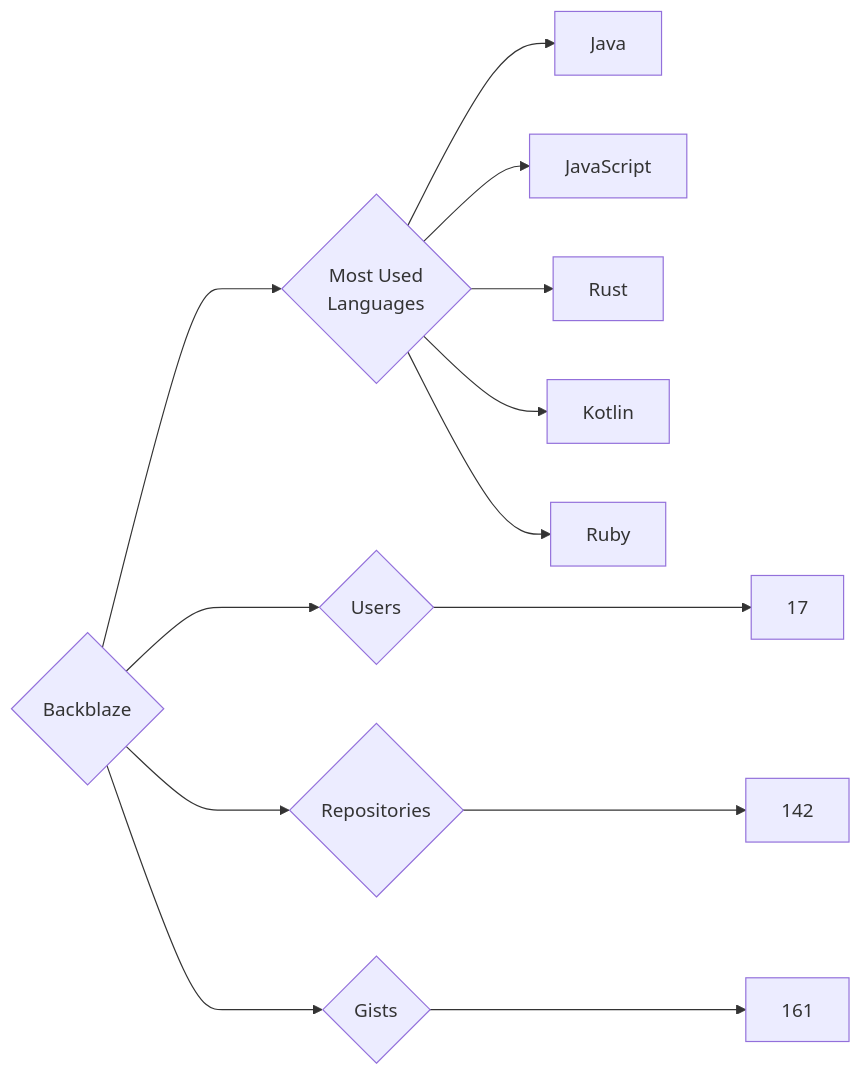
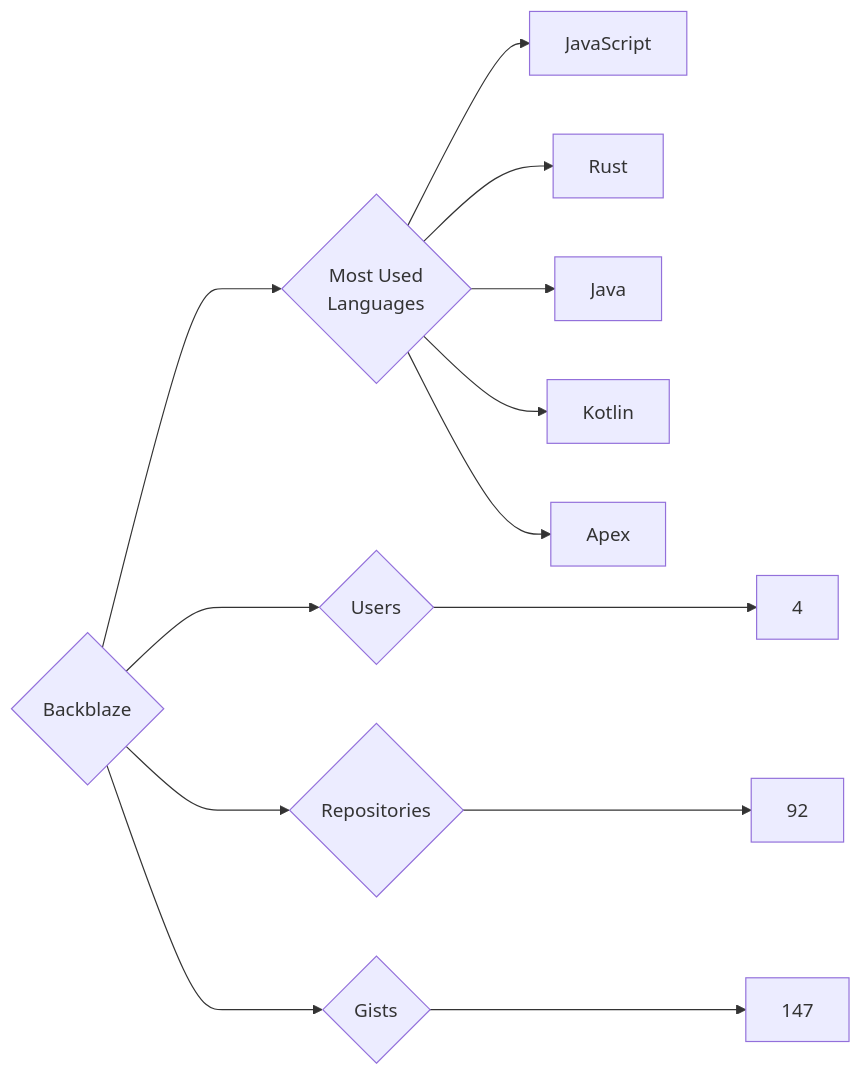
One commit to trickest/insiders changed the diagram in targets/Backblaze/README.md. Above: the diagram before and after it, drawn with Mermaid. The commit also changed 861 other files, not shown here.

````diff
--- a/targets/Backblaze/README.md
+++ b/targets/Backblaze/README.md
@@ -3,13 +3,13 @@
 ```mermaid
 graph LR
 COMPANY_NAME{Backblaze}
-COMPANY_NAME ---> U{Users} ---> UN[17]
-COMPANY_NAME ---> R{Repositories} ---> RN[142]
-COMPANY_NAME ---> G{Gists} ---> GN[161]
+COMPANY_NAME ---> U{Users} ---> UN[4]
+COMPANY_NAME ---> R{Repositories} ---> RN[92]
+COMPANY_NAME ---> G{Gists} ---> GN[147]
 COMPANY_NAME ---> ML{Most Used<br>Languages}
-ML --> Java[Java]
 ML --> JavaScript[JavaScript]
 ML --> Rust[Rust]
+ML --> Java[Java]
 ML --> Kotlin[Kotlin]
-ML --> Ruby[Ruby]
+ML --> Apex[Apex]
 ```
````
